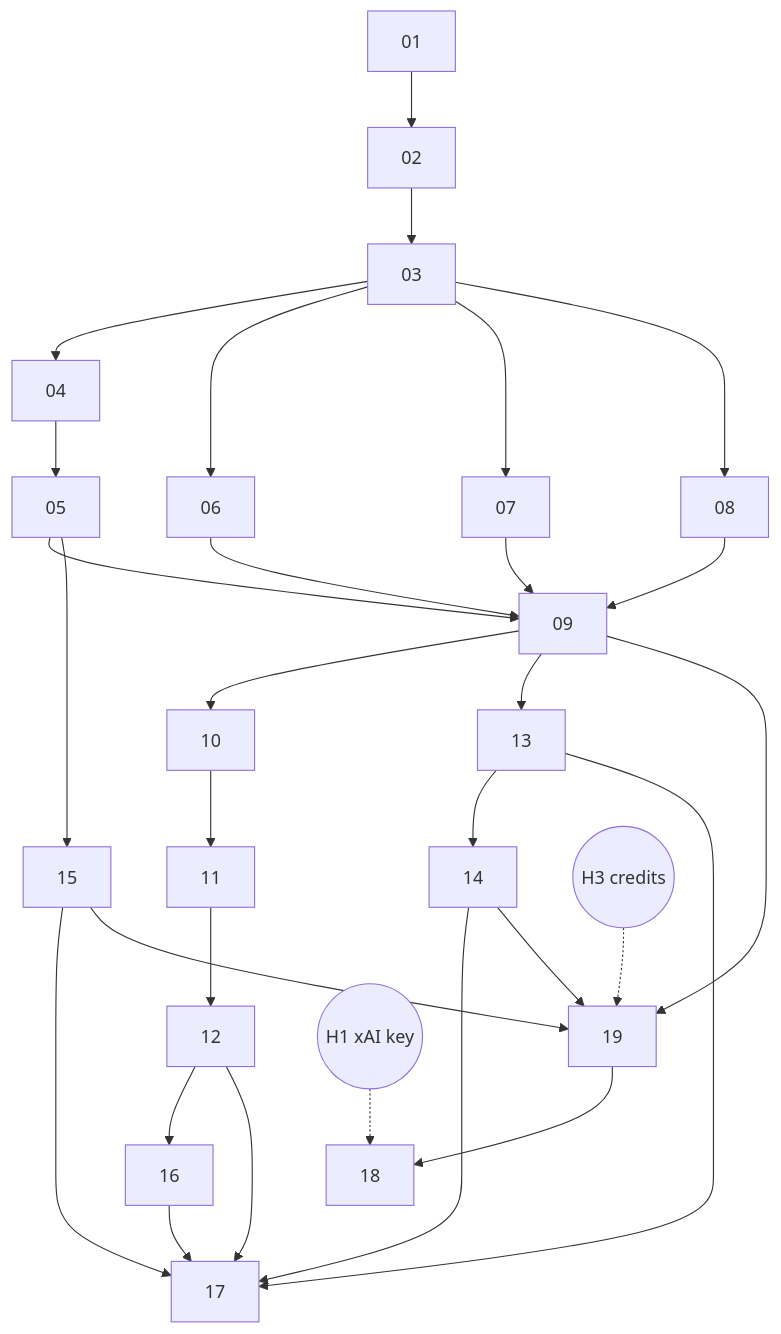
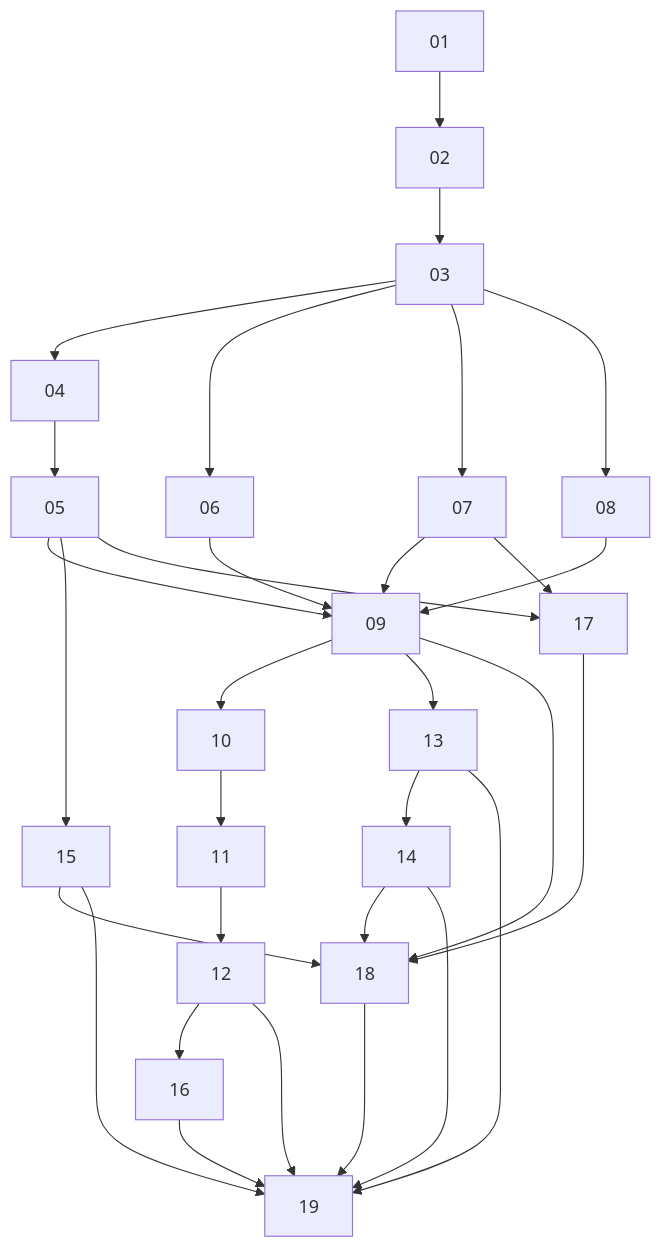
The diagram in docs/afk/DAG.md (DavidSlayback/galatiq-case-invoices), drawn with Mermaid before and after one commit. The commit also changed other lines of this file and 27 other files, not shown here.

````diff
--- a/docs/afk/DAG.md
+++ b/docs/afk/DAG.md
@@ -5,26 +5,27 @@
 ```mermaid
 graph TD
   01 --> 02 --> 03
   03 --> 04 --> 05
   03 --> 06
   03 --> 07
   03 --> 08
   05 --> 09
   06 --> 09
   07 --> 09
   08 --> 09
   05 --> 15
   09 --> 10 --> 11 --> 12 --> 16
   09 --> 13 --> 14
-  12 --> 17
-  13 --> 17
-  14 --> 17
-  15 --> 17
-  16 --> 17
-  09 --> 19
+  05 --> 17
+  07 --> 17
+  09 --> 18
+  14 --> 18
+  15 --> 18
+  17 --> 18
+  12 --> 19
+  13 --> 19
   14 --> 19
   15 --> 19
-  19 --> 18
-  H3((H3 credits)) -.-> 19
-  H1((H1 xAI key)) -.-> 18
+  16 --> 19
+  18 --> 19
 ```
````
